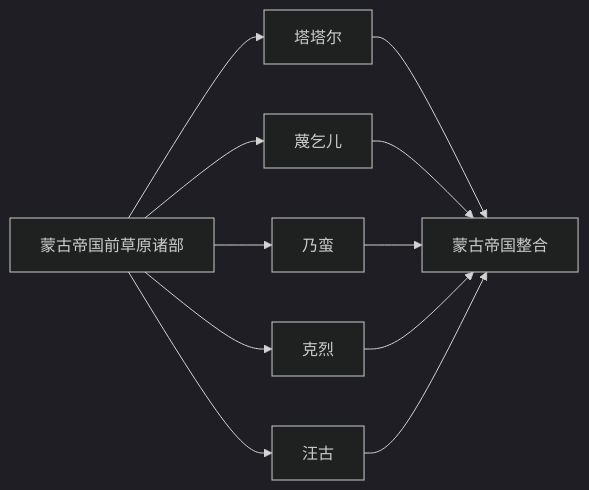
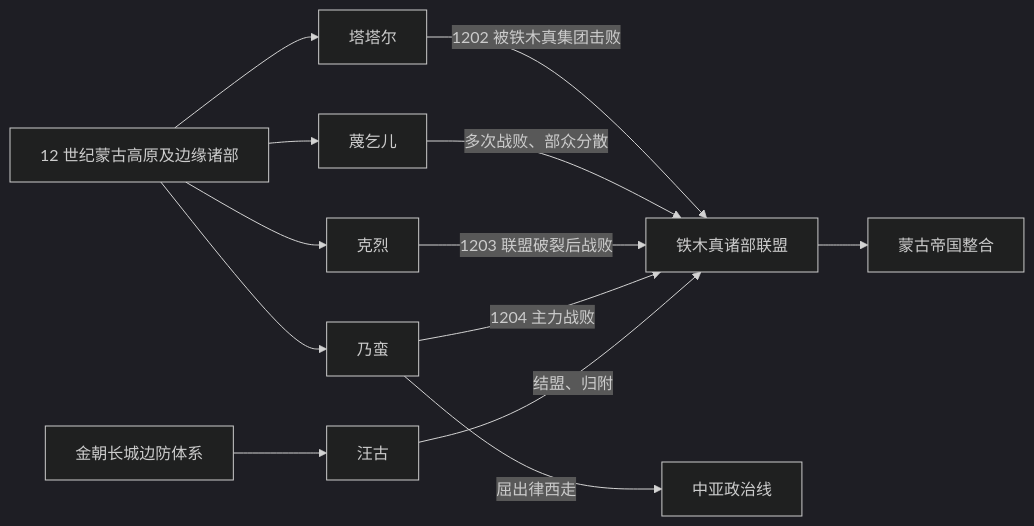
The diagram in 人文科学/历史/东亚/中国/_民族/蒙古语族与东胡/蒙古帝国前诸部/README.md (tianlan-dev/learning-notes), drawn with Mermaid (dark theme) before and after one commit. The commit also changed other lines of this file and 180 other files, not shown here.

````diff
--- a/人文科学/历史/东亚/中国/_民族/蒙古语族与东胡/蒙古帝国前诸部/README.md
+++ b/人文科学/历史/东亚/中国/_民族/蒙古语族与东胡/蒙古帝国前诸部/README.md
@@ -12,13 +15,15 @@
 ```mermaid
 flowchart LR
-  PreMongol["蒙古帝国前草原诸部"] --> Tatar["塔塔尔"]
-  PreMongol --> Merkit["蔑乞儿"]
-  PreMongol --> Naiman["乃蛮"]
-  PreMongol --> Kereit["克烈"]
-  PreMongol --> Ongud["汪古"]
-  Tatar --> Mongol["蒙古帝国整合"]
-  Merkit --> Mongol
-  Naiman --> Mongol
-  Kereit --> Mongol
-  Ongud --> Mongol
+  Steppe["12 世纪蒙古高原及边缘诸部"] --> Tatar["塔塔尔"]
+  Steppe --> Merkit["蔑乞儿"]
+  Steppe --> Kereit["克烈"]
+  Steppe --> Naiman["乃蛮"]
+  JinFrontier["金朝长城边防体系"] --> Ongud["汪古"]
+  Tatar -->|"1202 被铁木真集团击败"| Temujin["铁木真诸部联盟"]
+  Merkit -->|"多次战败、部众分散"| Temujin
+  Kereit -->|"1203 联盟破裂后战败"| Temujin
+  Naiman -->|"1204 主力战败"| Temujin
+  Naiman -->|"屈出律西走"| CentralAsia["中亚政治线"]
+  Ongud -->|"结盟、归附"| Temujin
+  Temujin --> Empire["蒙古帝国整合"]
 ```
````
